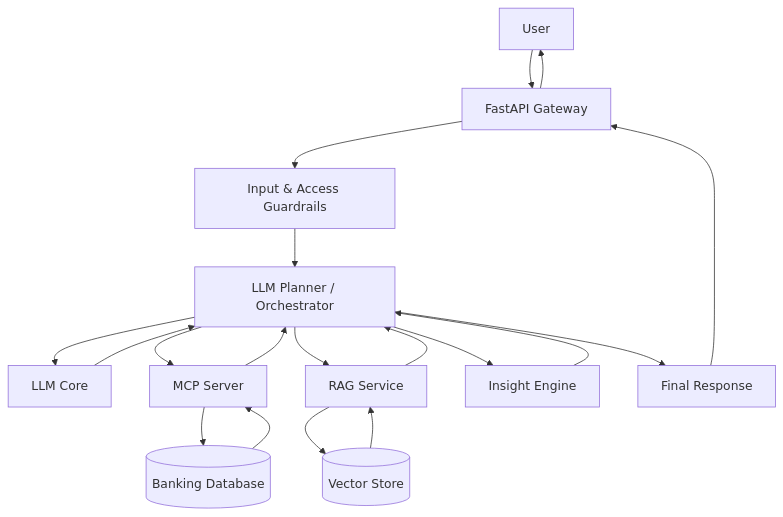
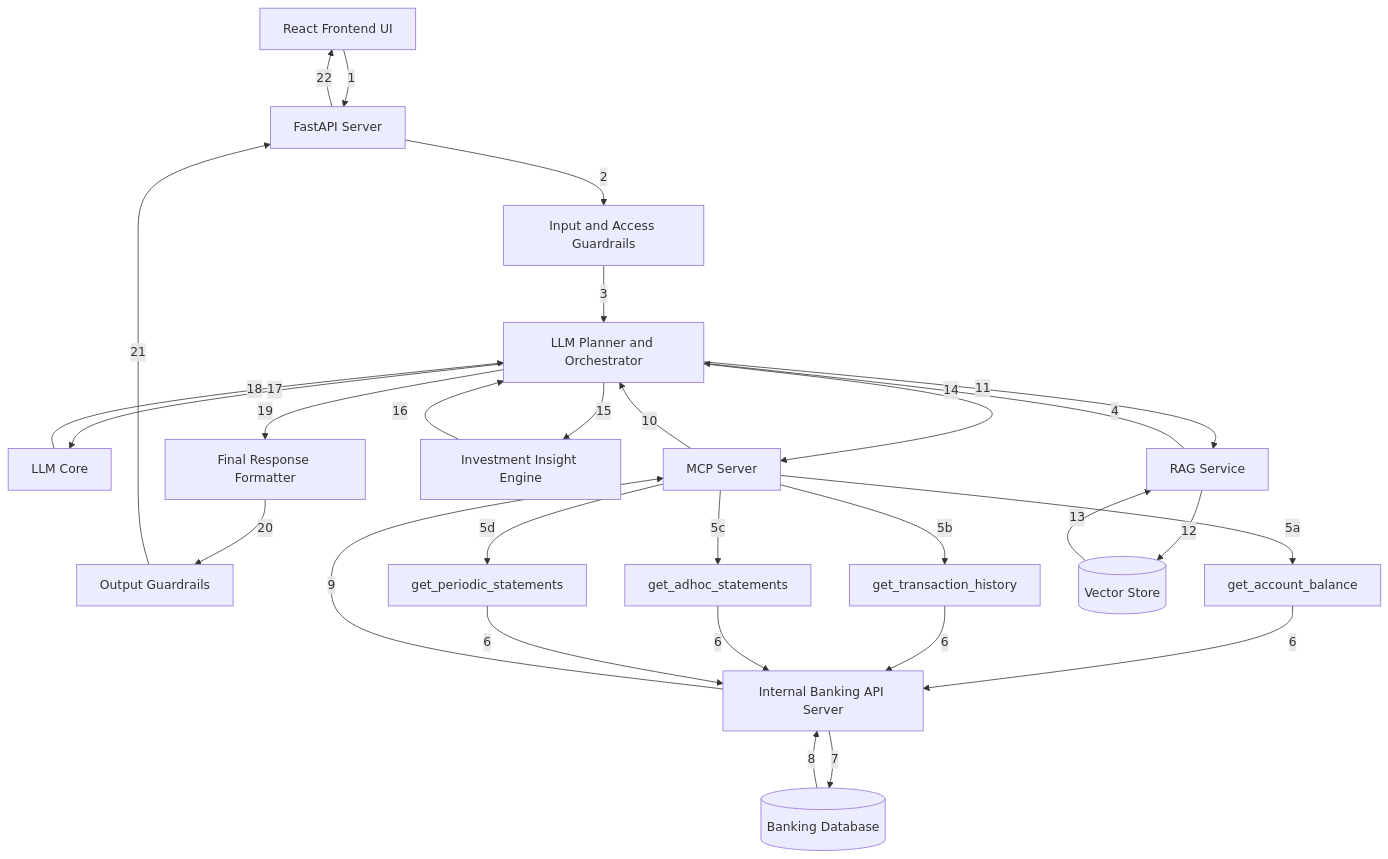
The diagram in arch.mmd (Anish0804/AI-Gurukul), drawn with Mermaid before and after one commit. The commit also changed 3 other files, not shown here.

First line of the commit message:
adding mmd and svg architecture files

```diff
--- a/arch.mmd
+++ b/arch.mmd
@@ -1,54 +1,82 @@
 flowchart TD
 
-    %% User Entry
-    User[User]
-    API[FastAPI Gateway]
+    %% Frontend
+    FE[React Frontend UI]
 
-    %% Core Intelligence
-    Guardrails[Input & Access Guardrails]
-    Planner[LLM Planner / Orchestrator]
+    %% Backend Entry
+    API[FastAPI Server]
+
+    %% Guardrails
+    InGuard[Input and Access Guardrails]
+    OutGuard[Output Guardrails]
+
+    %% Intelligence Core
+    Planner[LLM Planner and Orchestrator]
     LLM[LLM Core]
 
-    %% Tooling Layer
+    %% MCP Layer
     MCP[MCP Server]
+
+    %% MCP Tools
+    ToolBalance[get_account_balance]
+    ToolTxn[get_transaction_history]
+    ToolAdhoc[get_adhoc_statements]
+    ToolPeriodic[get_periodic_statements]
+
+    %% Internal API and DB
+    BankAPI[Internal Banking API Server]
     DB[(Banking Database)]
 
-    %% RAG & Insights
+    %% RAG and Insights
     RAG[RAG Service]
     VectorDB[(Vector Store)]
-    InsightEngine[Insight Engine]
-
-    %% Response
-    Response[Final Response]
-
-    %% User Flow
-    User --> API
-    API --> Guardrails
-    Guardrails --> Planner
-
-    %% Planner Decisions
-    Planner --> MCP
-    Planner --> RAG
-    Planner --> InsightEngine
-
-    %% MCP Tool Execution
-    MCP --> DB
-    DB --> MCP
-    MCP --> Planner
-
-    %% RAG Retrieval
-    RAG --> VectorDB
-    VectorDB --> RAG
-    RAG --> Planner
-
-    %% Insight Generation
-    InsightEngine --> Planner
-
-    %% LLM Invocation
-    Planner --> LLM
-    LLM --> Planner
+    InsightEngine[Investment Insight Engine]
 
     %% Final Output
-    Planner --> Response
-    Response --> API
-    API --> User
+    Response[Final Response Formatter]
+
+    %% Flow Steps
+    FE -->|1| API
+    API -->|2| InGuard
+    InGuard -->|3| Planner
+
+    %% Planner to MCP
+    Planner -->|4| MCP
+
+    %% MCP Tool Selection
+    MCP -->|5a| ToolBalance
+    MCP -->|5b| ToolTxn
+    MCP -->|5c| ToolAdhoc
+    MCP -->|5d| ToolPeriodic
+
+    %% Tools to Internal API
+    ToolBalance -->|6| BankAPI
+    ToolTxn -->|6| BankAPI
+    ToolAdhoc -->|6| BankAPI
+    ToolPeriodic -->|6| BankAPI
+
+    %% API to DB and Back
+    BankAPI -->|7| DB
+    DB -->|8| BankAPI
+    BankAPI -->|9| MCP
+    MCP -->|10| Planner
+
+    %% RAG Flow
+    Planner -->|11| RAG
+    RAG -->|12| VectorDB
+    VectorDB -->|13| RAG
+    RAG -->|14| Planner
+
+    %% Insight Engine
+    Planner -->|15| InsightEngine
+    InsightEngine -->|16| Planner
+
+    %% LLM Reasoning
+    Planner -->|17| LLM
+    LLM -->|18| Planner
+
+    %% Finalization
+    Planner -->|19| Response
+    Response -->|20| OutGuard
+    OutGuard -->|21| API
+    API -->|22| FE
```
